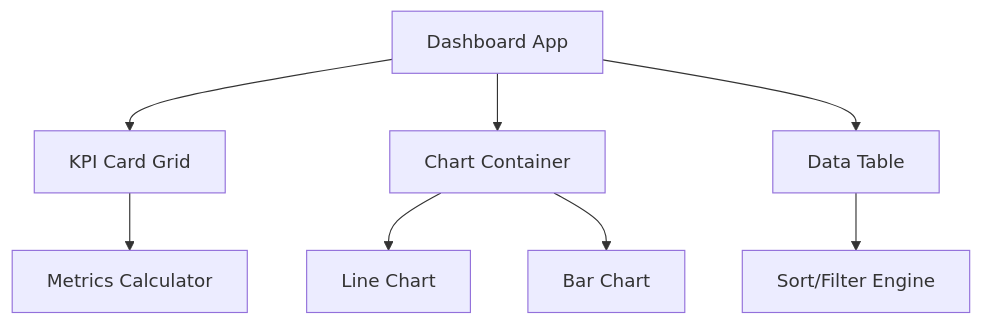
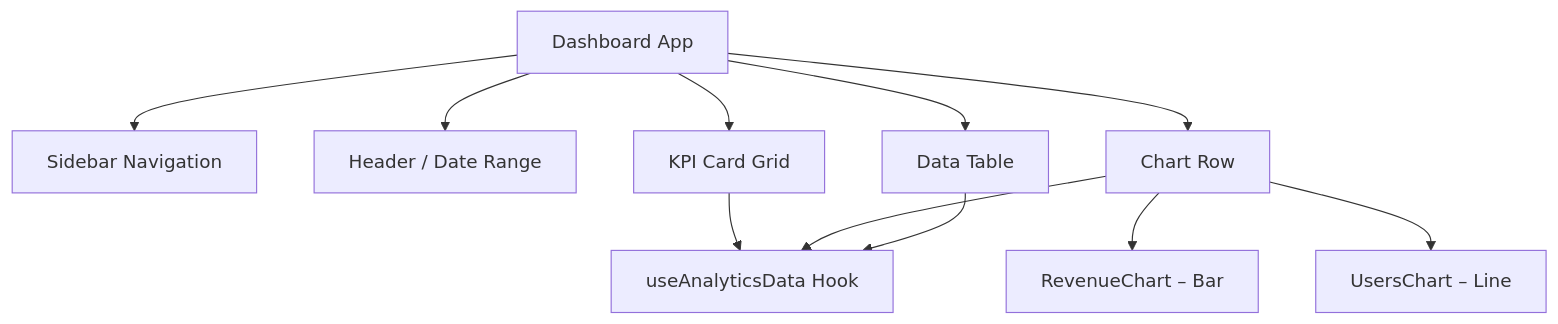
One commit to tapiwamakandigona/react-analytics-dashboard changed the diagram in README.md. Above: the diagram before and after it, drawn with Mermaid. The commit also changed other lines of this file and 3 other files, not shown here.

````diff
--- a/README.md
+++ b/README.md
@@ -49,10 +51,13 @@
 ```mermaid
 graph TD;
-    App[Dashboard App] --> KPI[KPI Card Grid];
-    App --> Charts[Chart Container];
+    App[Dashboard App] --> Sidebar[Sidebar Navigation];
+    App --> Header[Header / Date Range];
+    App --> KPI[KPI Card Grid];
+    App --> Charts[Chart Row];
     App --> Table[Data Table];
-    Charts --> Line[Line Chart];
-    Charts --> Bar[Bar Chart];
-    KPI --> Calc[Metrics Calculator];
-    Table --> Sort[Sort/Filter Engine];
+    Charts --> Revenue[RevenueChart – Bar];
+    Charts --> Users[UsersChart – Line];
+    KPI --> Hook[useAnalyticsData Hook];
+    Charts --> Hook;
+    Table --> Hook;
 ```
````
